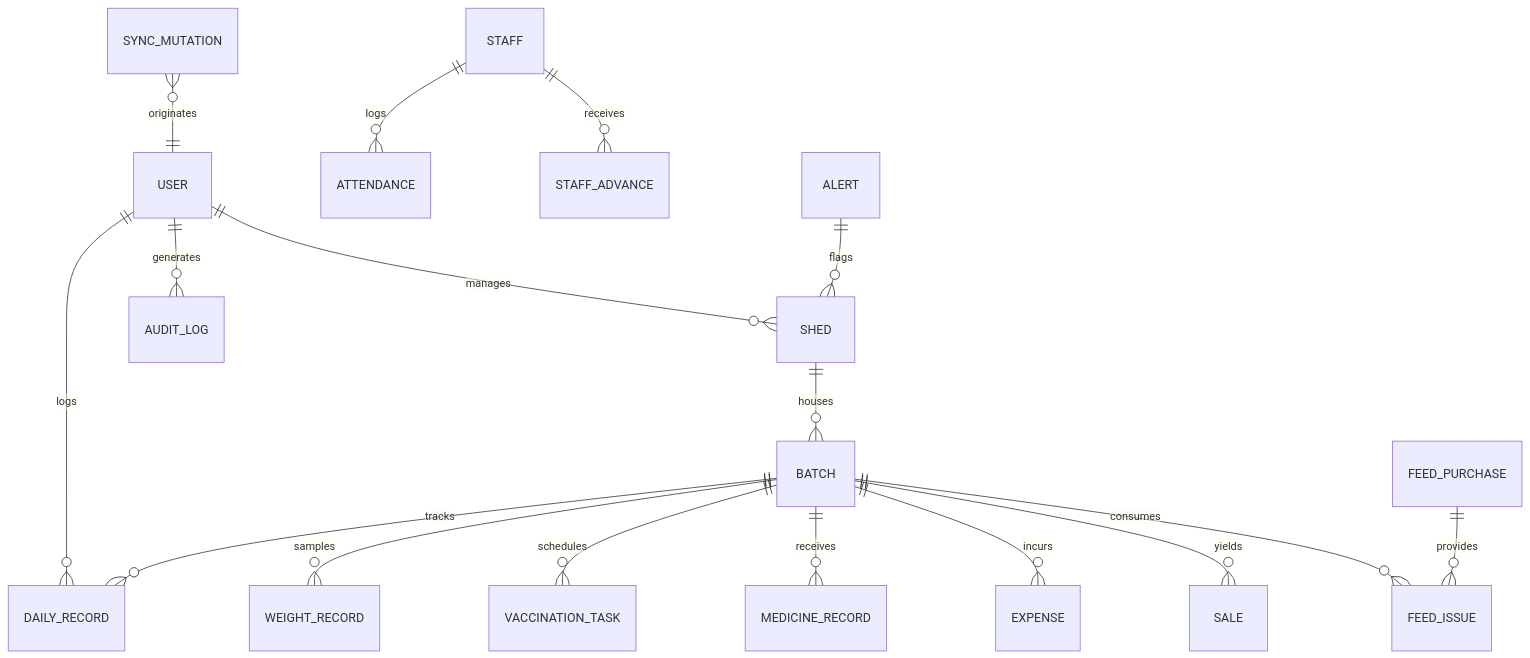
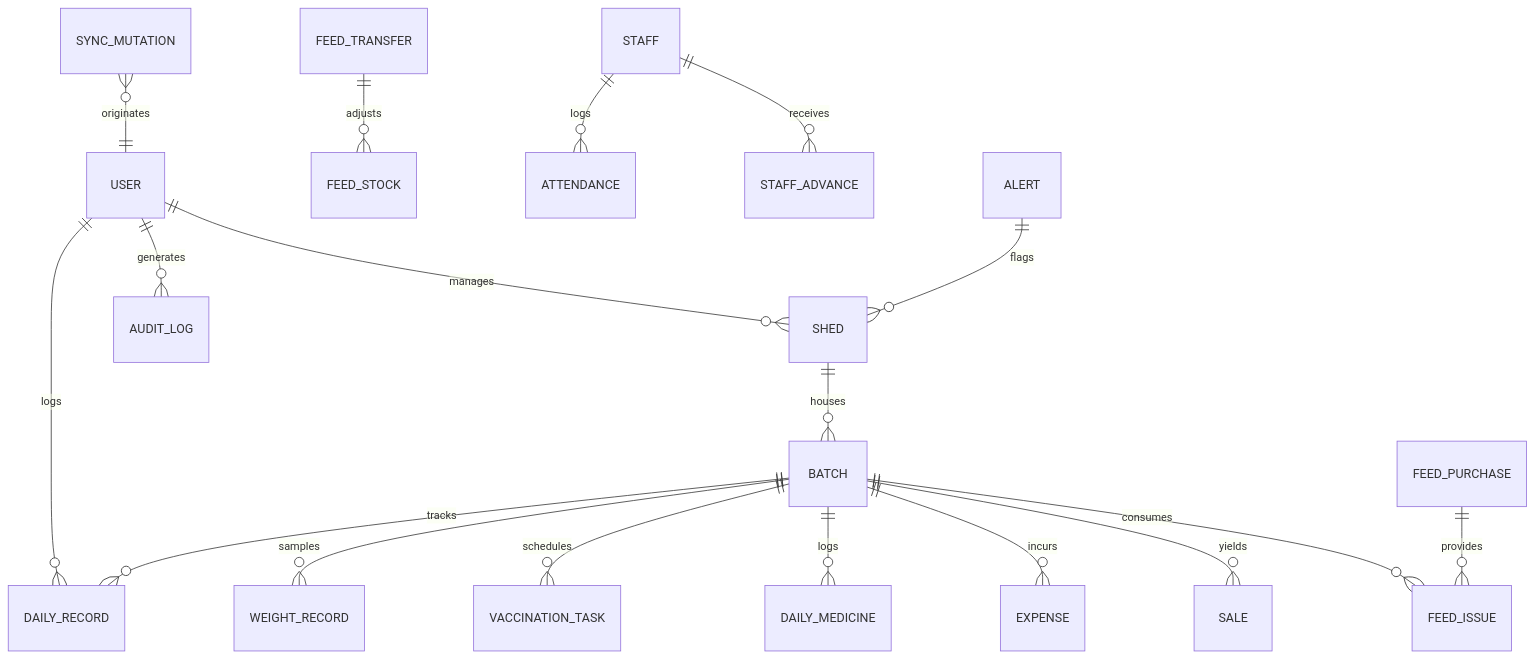
Before and after one commit to ahmed972503/broiler-farm-backend: the diagram in docs/DATA_MODEL.md, drawn with Mermaid. The commit also changed other lines of this file and 32 other files, not shown here.

````diff
--- a/docs/DATA_MODEL.md
+++ b/docs/DATA_MODEL.md
@@ -11,21 +11,22 @@
 ```mermaid
 erDiagram
     USER ||--o{ SHED : manages
     USER ||--o{ DAILY_RECORD : logs
     USER ||--o{ AUDIT_LOG : generates
 
     SHED ||--o{ BATCH : houses
     BATCH ||--o{ DAILY_RECORD : tracks
     BATCH ||--o{ WEIGHT_RECORD : samples
     BATCH ||--o{ VACCINATION_TASK : schedules
-    BATCH ||--o{ MEDICINE_RECORD : receives
+    BATCH ||--o{ DAILY_MEDICINE : logs
     BATCH ||--o{ EXPENSE : incurs
     BATCH ||--o{ SALE : yields
     BATCH ||--o{ FEED_ISSUE : consumes
 
     FEED_PURCHASE ||--o{ FEED_ISSUE : provides
+    FEED_TRANSFER ||--o{ FEED_STOCK : adjusts
     STAFF ||--o{ ATTENDANCE : logs
     STAFF ||--o{ STAFF_ADVANCE : receives
     ALERT ||--o{ SHED : flags
     SYNC_MUTATION }o--|| USER : originates
 ```
````
